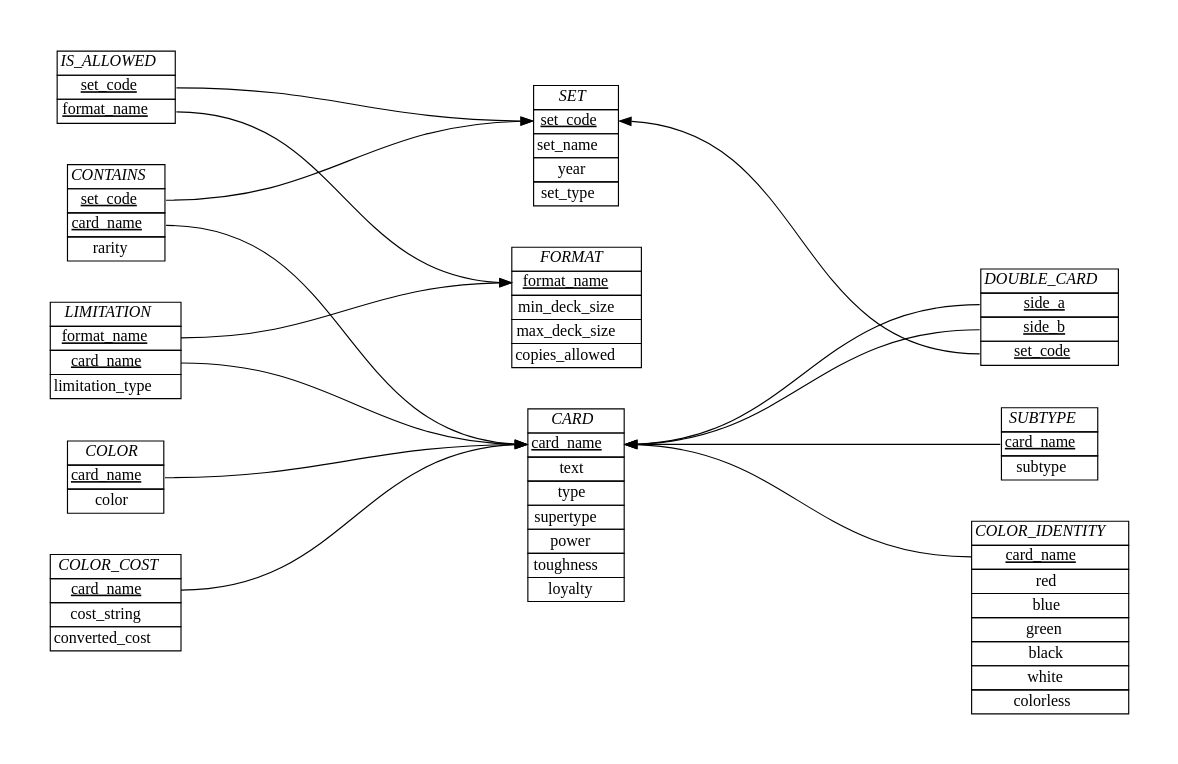
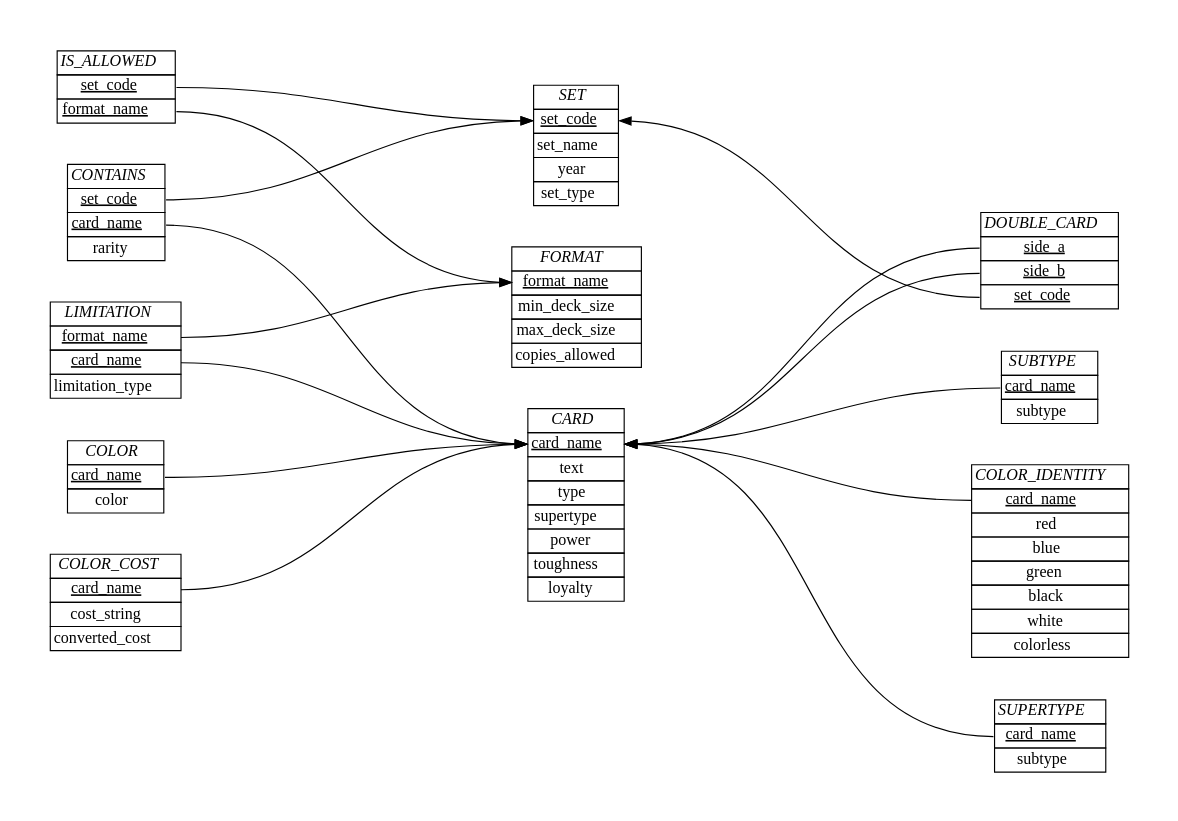
One commit to akilmarshall/trumark changed the diagram in schema/ER_diagram.dot. Above: the diagram before and after it, drawn with Graphviz. The commit also changed 1 other file, not shown here.

```diff
--- a/schema/ER_diagram.dot
+++ b/schema/ER_diagram.dot
@@ -1,123 +1,134 @@
 digraph {
     graph [splines=true, pad="0.5", nodesep="0.5", ranksep="4"];
     node [shape=plain];
     rankdir=LR; 
 
     Format [label=<
         <table border="0" cellborder="1" cellspacing="0">
         <tr><td><i>FORMAT</i></td></tr>
         <tr><td port="1"><u>format_name</u></td></tr>
         <tr><td port="2">min_deck_size</td></tr>
         <tr><td port="3">max_deck_size</td></tr>
         <tr><td port="4">copies_allowed</td></tr>
         </table>>];
 
     Set [label=<
         <table border="0" cellborder="1" cellspacing="0">
         <tr><td><i>SET</i></td></tr>
         <tr><td port="1"><u><font color="black">set_code</font></u></td></tr>
         <tr><td port="2"><font color="black">set_name</font></td></tr>
         <tr><td port="3">year</td></tr>
         <tr><td port="4">set_type</td></tr>
         </table>>];
 
     Card [label=<
         <table border="0" cellborder="1" cellspacing="0">
         <tr><td><i>CARD</i></td></tr>
         <tr><td port="1"><u><font color="black">card_name</font></u></td></tr>
         <tr><td port="2">text</td></tr>
         <tr><td port="4">type</td></tr>
         <tr><td port="5">supertype</td></tr>
         <tr><td port="6">power</td></tr>
         <tr><td port="7">toughness</td></tr>
         <tr><td port="8">loyalty</td></tr>
         </table>>];
 
     Contains [label=<
         <table border="0" cellborder="1" cellspacing="0">
         <tr><td><i>CONTAINS</i></td></tr>
         <tr><td port="1"><u>set_code</u></td></tr>
         <tr><td port="2"><u>card_name</u></td></tr>
         <tr><td port="3">rarity</td></tr>
         </table>>];
 
     Is_allowed [label=<
         <table border="0" cellborder="1" cellspacing="0">
         <tr><td><i>IS_ALLOWED</i></td></tr>
         <tr><td port="1"><u>set_code</u></td></tr>
         <tr><td port="2"><u>format_name</u></td></tr>
         </table>>];
 
     Double_card [label=<
         <table border="0" cellborder="1" cellspacing="0">
         <tr><td><i>DOUBLE_CARD</i></td></tr>
         <tr><td port="1"><u>side_a</u></td></tr>
         <tr><td port="2"><u>side_b</u></td></tr>
         <tr><td port="3"><u>set_code</u></td></tr>
         </table>>];
 
     Limitation [label=< <table border="0" cellborder="1" cellspacing="0">
     <tr><td><i>LIMITATION</i></td></tr>
     <tr><td port="1"><u>format_name</u></td></tr>
     <tr><td port="2"><u>card_name</u></td></tr>
     <tr><td port="3">limitation_type</td></tr>
     </table>>];
 
     Subtype [label=<
         <table border="0" cellborder="1" cellspacing="0">
         <tr><td><i>SUBTYPE</i></td></tr>
         <tr><td port="1"><u>card_name</u></td></tr>
         <tr><td port="2">subtype</td></tr>
         </table>>];
 
     Color_identity [label=<
         <table border="0" cellborder="1" cellspacing="0">
         <tr><td><i>COLOR_IDENTITY</i></td></tr>
         <tr><td port="1"><u>card_name</u></td></tr>
         <tr><td port="2">red</td></tr>
         <tr><td port="3">blue</td></tr>
         <tr><td port="4">green</td></tr>
         <tr><td port="5">black</td></tr>
         <tr><td port="6">white</td></tr>
         <tr><td port="7">colorless</td></tr>
         </table>>];
 
     Color_cost [label=<
         <table border="0" cellborder="1" cellspacing="0">
         <tr><td><i>COLOR_COST</i></td></tr>
         <tr><td port="1"><u>card_name</u></td></tr>
         <tr><td port="2">cost_string</td></tr>
         <tr><td port="9">converted_cost</td></tr>
         </table>>];
 
     Color [label=<
         <table border="0" cellborder="1" cellspacing="0">
         <tr><td><i>COLOR</i></td></tr>
         <tr><td port="1"><u>card_name</u></td></tr>
         <tr><td port="2">color</td></tr>
         </table>>];
 
+    Supertype [label=<
+        <table border="0" cellborder="1" cellspacing="0">
+        <tr><td><i>SUPERTYPE</i></td></tr>
+        <tr><td port="1"><u>card_name</u></td></tr>
+        <tr><td port="2">subtype</td></tr>
+        </table>>];
+
     Is_allowed:1 -> Set:1 [color=black];
     Is_allowed:2 -> Format:1;
 
     Contains:1 -> Set:1 [color=black];
     Contains:2 -> Card:1;
 
     Limitation:1 -> Format:1;
     Limitation:2 -> Card:1;
 
     Color:1 -> Card:1;
 
     Color_cost:1 -> Card:1;
 
     edge [dir="back"];
 
+
     Card:1 -> Double_card:1;
     Card:1 -> Double_card:2;
     Set:1 -> Double_card:3;
 
 
     Card:1 -> Subtype:1 ;
 
     Card:1 -> Color_identity:1;
+
+    Card:1 -> Supertype:1;
+
 }
```
